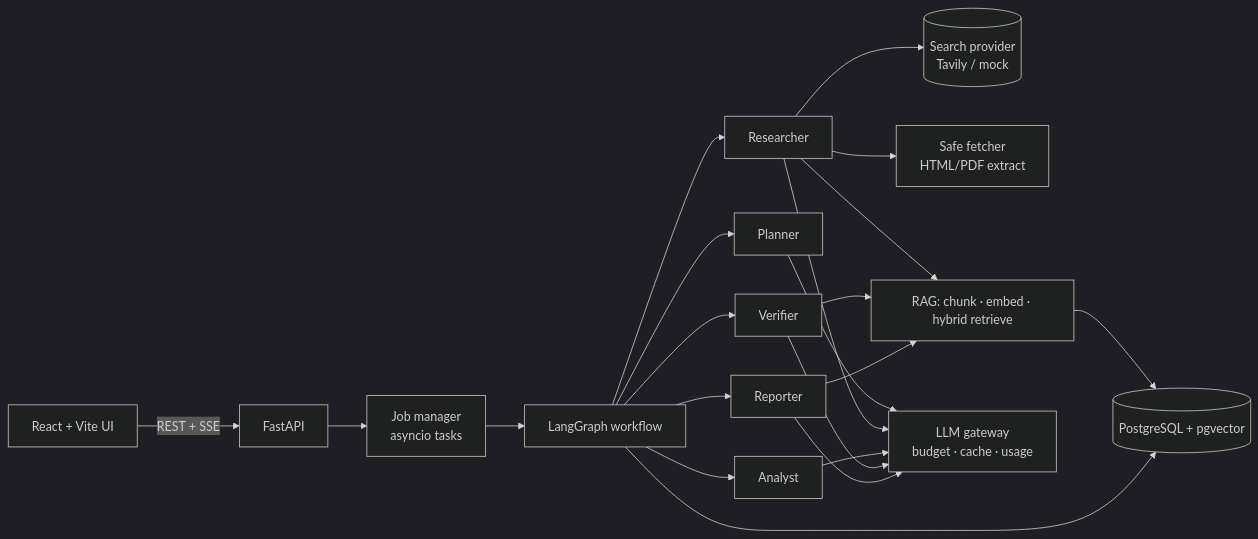
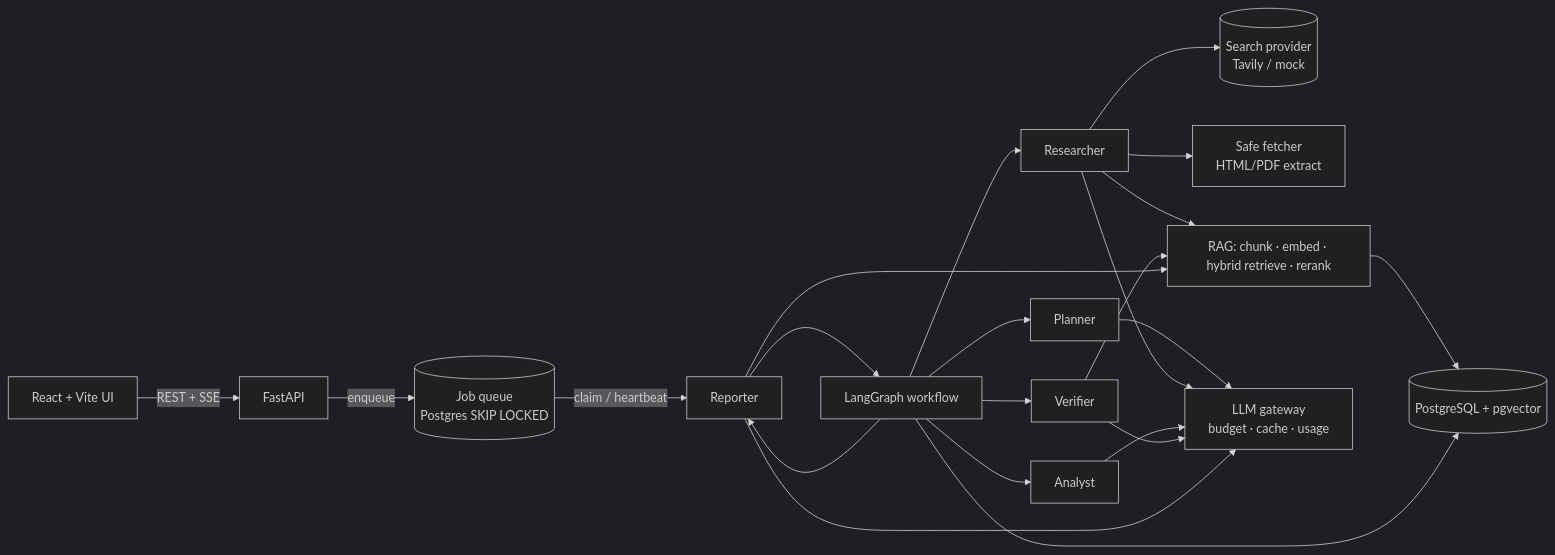
The first of 2 diagrams in README.md (aravind19062/scout-ai), drawn with Mermaid (dark theme) before and after one commit. The commit also changed other lines of this file and 45 other files, not shown here.

````diff
--- a/README.md
+++ b/README.md
@@ -27,13 +32,14 @@
 ```mermaid
 flowchart LR
   UI[React + Vite UI] -- REST + SSE --> API[FastAPI]
-  API --> JM[Job manager<br/>asyncio tasks]
-  JM --> G[LangGraph workflow]
+  API -- enqueue --> Q[(Job queue<br/>Postgres SKIP LOCKED)]
+  Q -- claim / heartbeat --> W[Workers × N]
+  W --> G[LangGraph workflow]
   G --> P[Planner] & R[Researcher] & A[Analyst] & V[Verifier] & W[Reporter]
   R --> S[(Search provider<br/>Tavily / mock)]
   R --> F[Safe fetcher<br/>HTML/PDF extract]
-  R & V & W --> RAG[RAG: chunk · embed · hybrid retrieve]
+  R & V & W --> RAG[RAG: chunk · embed · hybrid retrieve · rerank]
   P & R & A & V & W --> LLM[LLM gateway<br/>budget · cache · usage]
   RAG --> PG[(PostgreSQL + pgvector)]
   G --> PG
 ```
````
